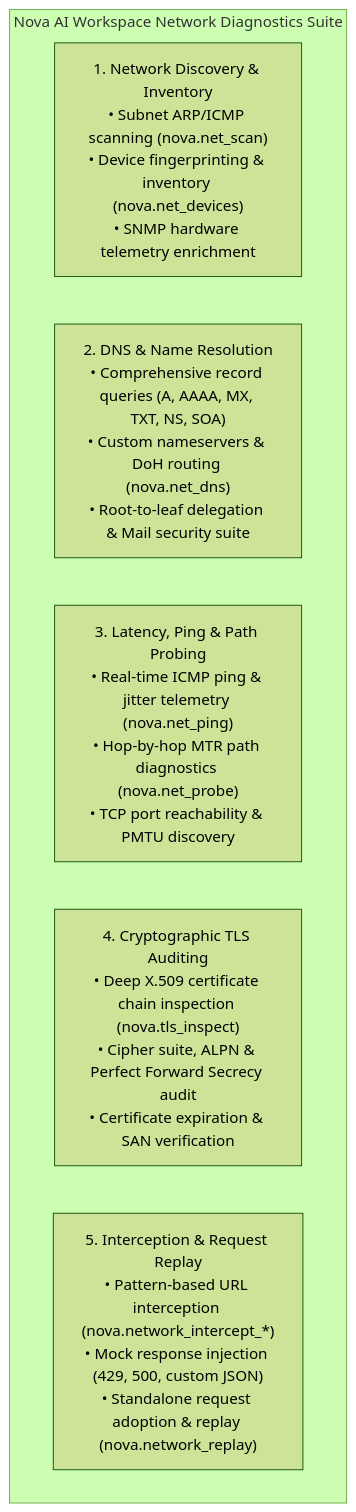
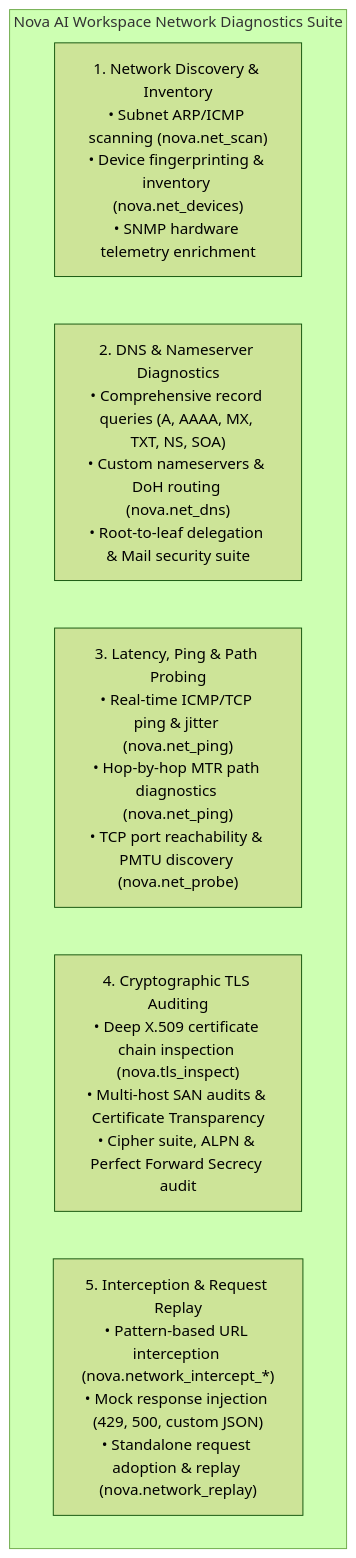
The first of 5 diagrams in docs/user-guide/tools/network-and-diagnostics.md (joelaniol/nova), drawn with Mermaid (forest theme) before and after one commit. The commit also changed other lines of this file and 3 other files, not shown here.

Commit message:
docs(networking): expand subnet scanning, MTR probing, proxy management, and add network troubleshooting

````diff
--- a/docs/user-guide/tools/network-and-diagnostics.md
+++ b/docs/user-guide/tools/network-and-diagnostics.md
@@ -14,10 +14,10 @@
 ```mermaid
 flowchart TD
     subgraph UI ["Nova AI Workspace Network Diagnostics Suite"]
         D1["1. Network Discovery & Inventory<br/>• Subnet ARP/ICMP scanning (nova.net_scan)<br/>• Device fingerprinting & inventory (nova.net_devices)<br/>• SNMP hardware telemetry enrichment"]
-        D2["2. DNS & Name Resolution<br/>• Comprehensive record queries (A, AAAA, MX, TXT, NS, SOA)<br/>• Custom nameservers & DoH routing (nova.net_dns)<br/>• Root-to-leaf delegation & Mail security suite"]
-        D3["3. Latency, Ping & Path Probing<br/>• Real-time ICMP ping & jitter telemetry (nova.net_ping)<br/>• Hop-by-hop MTR path diagnostics (nova.net_probe)<br/>• TCP port reachability & PMTU discovery"]
-        D4["4. Cryptographic TLS Auditing<br/>• Deep X.509 certificate chain inspection (nova.tls_inspect)<br/>• Cipher suite, ALPN & Perfect Forward Secrecy audit<br/>• Certificate expiration & SAN verification"]
+        D2["2. DNS & Nameserver Diagnostics<br/>• Comprehensive record queries (A, AAAA, MX, TXT, NS, SOA)<br/>• Custom nameservers & DoH routing (nova.net_dns)<br/>• Root-to-leaf delegation & Mail security suite"]
+        D3["3. Latency, Ping & Path Probing<br/>• Real-time ICMP/TCP ping & jitter (nova.net_ping)<br/>• Hop-by-hop MTR path diagnostics (nova.net_ping)<br/>• TCP port reachability & PMTU discovery (nova.net_probe)"]
+        D4["4. Cryptographic TLS Auditing<br/>• Deep X.509 certificate chain inspection (nova.tls_inspect)<br/>• Multi-host SAN audits & Certificate Transparency<br/>• Cipher suite, ALPN & Perfect Forward Secrecy audit"]
         D5["5. Interception & Request Replay<br/>• Pattern-based URL interception (nova.network_intercept_*)<br/>• Mock response injection (429, 500, custom JSON)<br/>• Standalone request adoption & replay (nova.network_replay)"]
     end
 ```
````
